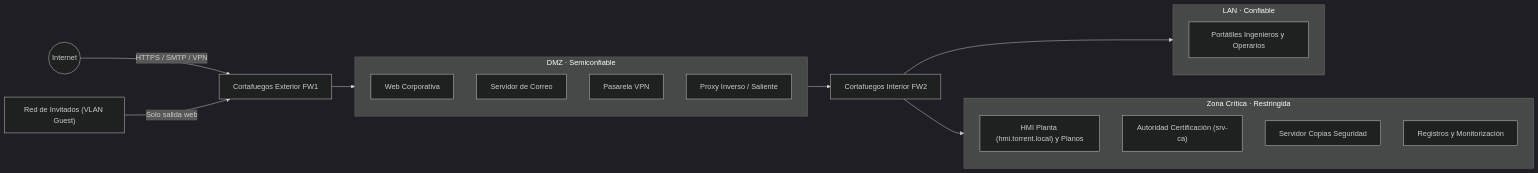
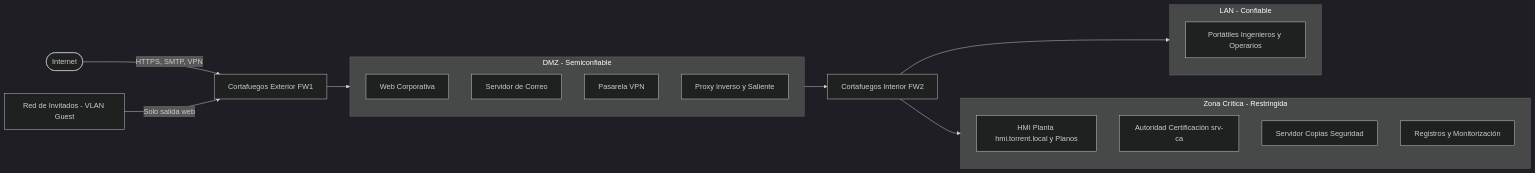
One commit to Daniel-Piqueras/sad_2627 changed the diagram in UD04/zonas_perimetro.md. Above: the diagram before and after it, drawn with Mermaid (dark theme). The commit also changed other lines of this file, not shown here.

Commit message:
Refactor diagram labels for clarity and consistency

````diff
--- a/UD04/zonas_perimetro.md
+++ b/UD04/zonas_perimetro.md
@@ -46,29 +46,29 @@
 ```mermaid
 flowchart LR
-    Internet((Internet)) -->|HTTPS / SMTP / VPN| FW1[Cortafuegos Exterior FW1]
-    Guest["Red de Invitados (VLAN Guest)"] -->|Solo salida web| FW1
+    Internet(["Internet"]) -->|"HTTPS, SMTP, VPN"| FW1["Cortafuegos Exterior FW1"]
+    Guest["Red de Invitados - VLAN Guest"] -->|"Solo salida web"| FW1
 
-    subgraph DMZ["DMZ · Semiconfiable"]
-        Web[Web Corporativa]
-        Mail[Servidor de Correo]
-        VPN[Pasarela VPN]
-        Proxy[Proxy Inverso / Saliente]
+    subgraph DMZ["DMZ - Semiconfiable"]
+        Web["Web Corporativa"]
+        Mail["Servidor de Correo"]
+        VPN["Pasarela VPN"]
+        Proxy["Proxy Inverso y Saliente"]
     end
 
     FW1 --> DMZ
-    DMZ --> FW2[Cortafuegos Interior FW2]
+    DMZ --> FW2["Cortafuegos Interior FW2"]
 
-    subgraph LAN["LAN · Confiable"]
-        PC[Portátiles Ingenieros y Operarios]
+    subgraph LAN["LAN - Confiable"]
+        PC["Portátiles Ingenieros y Operarios"]
     end
 
-    subgraph Critica["Zona Crítica · Restringida"]
-        HMI["HMI Planta (hmi.torrent.local) y Planos"]
-        CA["Autoridad Certificación (srv-ca)"]
-        Backup[Servidor Copias Seguridad]
-        Logs[Registros y Monitorización]
+    subgraph Critica["Zona Crítica - Restringida"]
+        HMI["HMI Planta hmi.torrent.local y Planos"]
+        CA["Autoridad Certificación srv-ca"]
+        Backup["Servidor Copias Seguridad"]
+        Logs["Registros y Monitorización"]
     end
 
     FW2 --> LAN
     FW2 --> Critica
 ```
````
